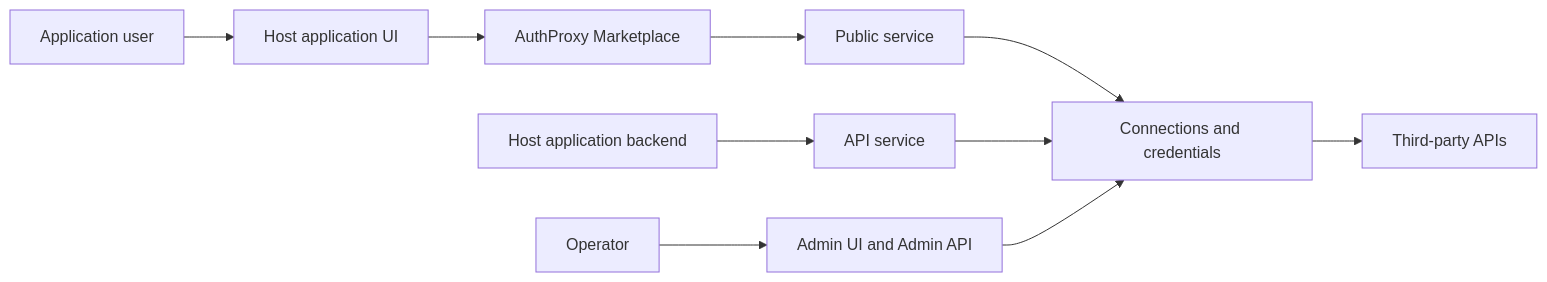
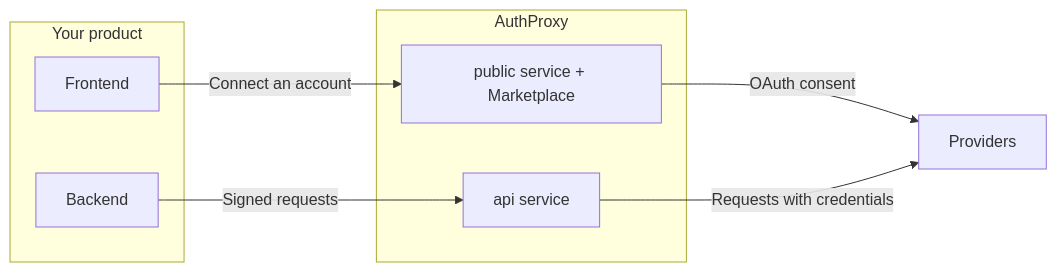
The diagram in docs/src/content/docs/integration/index.md (rmorlok/authproxy), drawn with Mermaid before and after one commit. The commit also changed other lines of this file and 29 other files, not shown here.

````diff
--- a/docs/src/content/docs/integration/index.md
+++ b/docs/src/content/docs/integration/index.md
@@ -10,14 +19,15 @@
 ```mermaid
 flowchart LR
-    User["Application user"] --> HostUI["Host application UI"]
-    HostUI --> Marketplace["AuthProxy Marketplace"]
-    Marketplace --> Public["Public service"]
-
-    HostBackend["Host application backend"] --> API["API service"]
-    Operator["Operator"] --> Admin["Admin UI and Admin API"]
-
-    Public --> Core["Connections and credentials"]
-    API --> Core
-    Admin --> Core
-    Core --> Provider["Third-party APIs"]
+    subgraph Yours["Your product"]
+        UI["Frontend"]
+        BE["Backend"]
+    end
+    subgraph AP["AuthProxy"]
+        Public["public service + Marketplace"]
+        API["api service"]
+    end
+    UI -->|"Connect an account"| Public
+    BE -->|"Signed requests"| API
+    Public -->|"OAuth consent"| P["Providers"]
+    API -->|"Requests with credentials"| P
 ```
````
